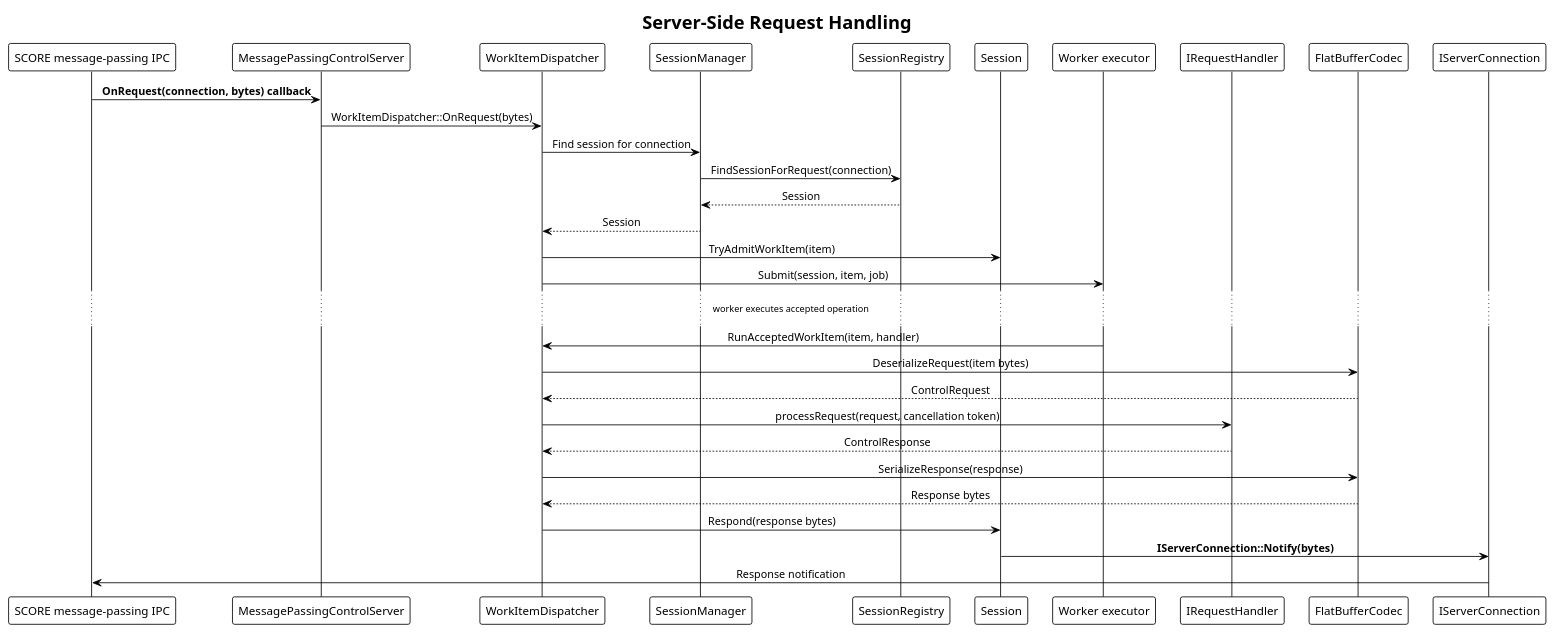
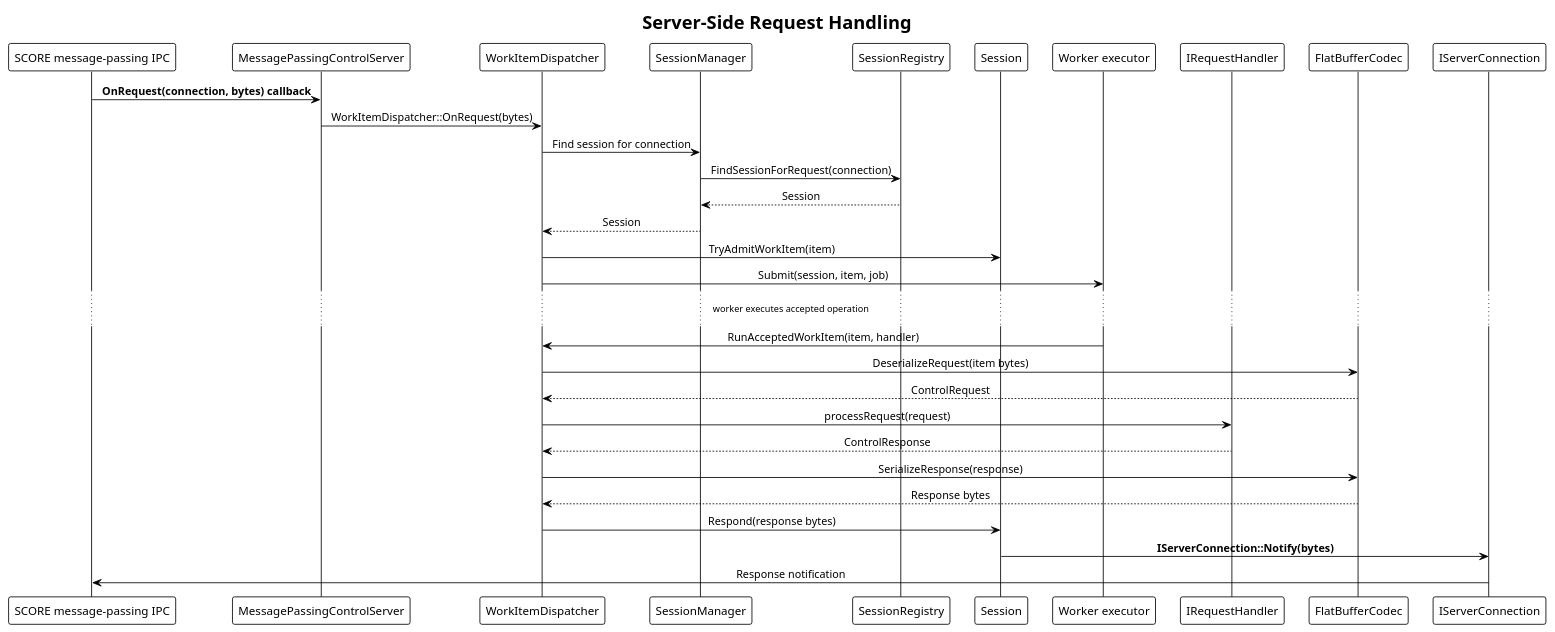
Before and after one commit to eclipse-score/inc_security_crypto: the diagram in score/crypto/src/ipc/message_passing_adapter/docs/detailed_design/message_passing_adapter_overview_server_request_flow.puml, drawn with PlantUML. The commit also changed 17 other files, not shown here.

Commit message:
Drop unused cancellation token

```diff
--- a/score/crypto/src/ipc/message_passing_adapter/docs/detailed_design/message_passing_adapter_overview_server_request_flow.puml
+++ b/score/crypto/src/ipc/message_passing_adapter/docs/detailed_design/message_passing_adapter_overview_server_request_flow.puml
@@ -14,41 +14,41 @@
 @startuml message_passing_adapter_server_request_flow
 !theme plain
 skinparam sequenceMessageAlign center
 skinparam shadowing false
 
 title Server-Side Request Handling
 
 participant "SCORE message-passing IPC" as Transport
 participant "MessagePassingControlServer" as Server
 participant "WorkItemDispatcher" as Dispatcher
 participant "SessionManager" as SessionManager
 participant "SessionRegistry" as Registry
 participant "Session" as Session
 participant "Worker executor" as Executor
 participant "IRequestHandler" as Handler
 participant "FlatBufferCodec" as Codec
 participant "IServerConnection" as ServerConnection
 
 Transport -> Server: **OnRequest(connection, bytes) callback**
 Server -> Dispatcher: WorkItemDispatcher::OnRequest(bytes)
 Dispatcher -> SessionManager: Find session for connection
 SessionManager -> Registry: FindSessionForRequest(connection)
 Registry --> SessionManager: Session
 SessionManager --> Dispatcher: Session
 Dispatcher -> Session: TryAdmitWorkItem(item)
 Dispatcher -> Executor: Submit(session, item, job)
 
 ... worker executes accepted operation ...
 
 Executor -> Dispatcher: RunAcceptedWorkItem(item, handler)
 Dispatcher -> Codec: DeserializeRequest(item bytes)
 Codec --> Dispatcher: ControlRequest
-Dispatcher -> Handler: processRequest(request, cancellation token)
+Dispatcher -> Handler: processRequest(request)
 Handler --> Dispatcher: ControlResponse
 Dispatcher -> Codec: SerializeResponse(response)
 Codec --> Dispatcher: Response bytes
 Dispatcher -> Session: Respond(response bytes)
 Session -> ServerConnection: **IServerConnection::Notify(bytes)**
 ServerConnection -> Transport: Response notification
 
 @enduml
```
